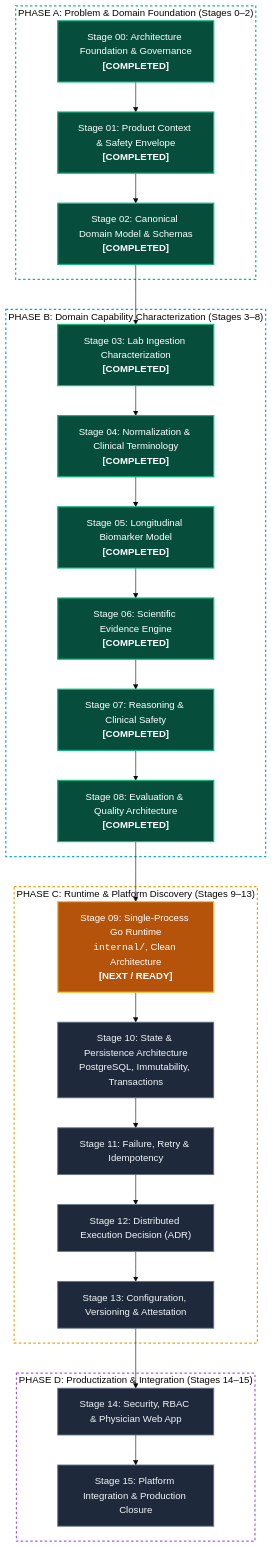
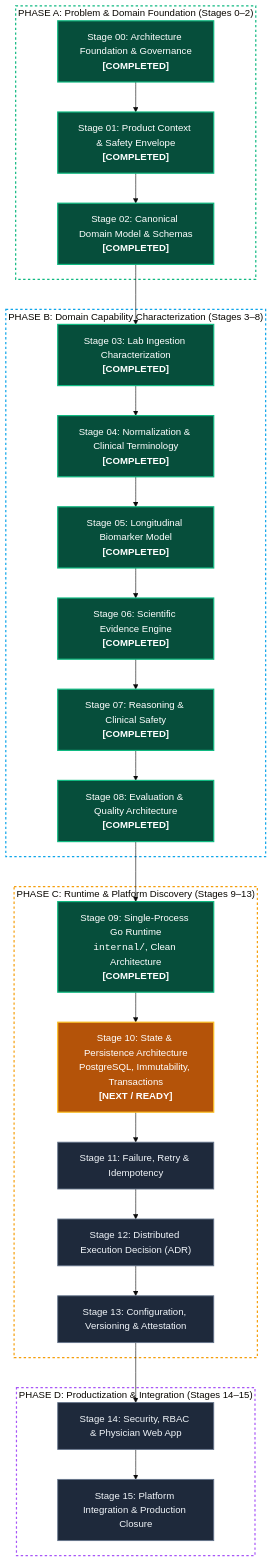
Before and after one commit to DuyVuux/BiolyzerAgent: the third of 8 diagrams in README.md, drawn with Mermaid (base theme). The commit also changed other lines of this file and 1 other file, not shown here.

Commit message:
docs(stage-09): update English and Vietnamese READMEs with Stage 09 single-process runtime architecture and verification

````diff
--- a/README.md
+++ b/README.md
@@ -117,38 +119,38 @@
 ```mermaid
 flowchart TD
     classDef done fill:#064e3b,stroke:#10b981,stroke-width:2px,color:#ffffff;
     classDef current fill:#b45309,stroke:#fbbf24,stroke-width:2px,color:#ffffff;
     classDef queued fill:#1e293b,stroke:#64748b,stroke-width:1.5px,color:#f1f5f9;
 
     subgraph PhaseA["PHASE A: Problem & Domain Foundation (Stages 0–2)"]
         S0["Stage 00: Architecture Foundation & Governance<br/><b>[COMPLETED]</b>"]:::done --> S1["Stage 01: Product Context & Safety Envelope<br/><b>[COMPLETED]</b>"]:::done
         S1 --> S2["Stage 02: Canonical Domain Model & Schemas<br/><b>[COMPLETED]</b>"]:::done
     end
 
     subgraph PhaseB["PHASE B: Domain Capability Characterization (Stages 3–8)"]
         S2 --> S3["Stage 03: Lab Ingestion Characterization<br/><b>[COMPLETED]</b>"]:::done
         S3 --> S4["Stage 04: Normalization & Clinical Terminology<br/><b>[COMPLETED]</b>"]:::done
         S4 --> S5["Stage 05: Longitudinal Biomarker Model<br/><b>[COMPLETED]</b>"]:::done
         S5 --> S6["Stage 06: Scientific Evidence Engine<br/><b>[COMPLETED]</b>"]:::done
         S6 --> S7["Stage 07: Reasoning & Clinical Safety<br/><b>[COMPLETED]</b>"]:::done
         S7 --> S8["Stage 08: Evaluation & Quality Architecture<br/><b>[COMPLETED]</b>"]:::done
     end
 
     subgraph PhaseC["PHASE C: Runtime & Platform Discovery (Stages 9–13)"]
-        S8 --> S9["Stage 09: Single-Process Go Runtime<br/><code>internal/</code>, Clean Architecture<br/><b>[NEXT / READY]</b>"]:::current
-        S9 --> S10["Stage 10: State & Persistence Architecture<br/>PostgreSQL, Immutability, Transactions"]:::queued
+        S8 --> S9["Stage 09: Single-Process Go Runtime<br/><code>internal/</code>, Clean Architecture<br/><b>[COMPLETED]</b>"]:::done
+        S9 --> S10["Stage 10: State & Persistence Architecture<br/>PostgreSQL, Immutability, Transactions<br/><b>[NEXT / READY]</b>"]:::current
         S10 --> S11["Stage 11: Failure, Retry & Idempotency"]:::queued
         S11 --> S12["Stage 12: Distributed Execution Decision (ADR)"]:::queued
         S12 --> S13["Stage 13: Configuration, Versioning & Attestation"]:::queued
     end
 
     subgraph PhaseD["PHASE D: Productization & Integration (Stages 14–15)"]
         S13 --> S14["Stage 14: Security, RBAC & Physician Web App"]:::queued
         S14 --> S15["Stage 15: Platform Integration & Production Closure"]:::queued
     end
 
     style PhaseA fill:none,stroke:#10b981,stroke-width:2px,stroke-dasharray: 4 4;
     style PhaseB fill:none,stroke:#0ea5e9,stroke-width:2px,stroke-dasharray: 4 4;
     style PhaseC fill:none,stroke:#f59e0b,stroke-width:2px,stroke-dasharray: 4 4;
     style PhaseD fill:none,stroke:#a855f7,stroke-width:2px,stroke-dasharray: 4 4;
 ```
````
